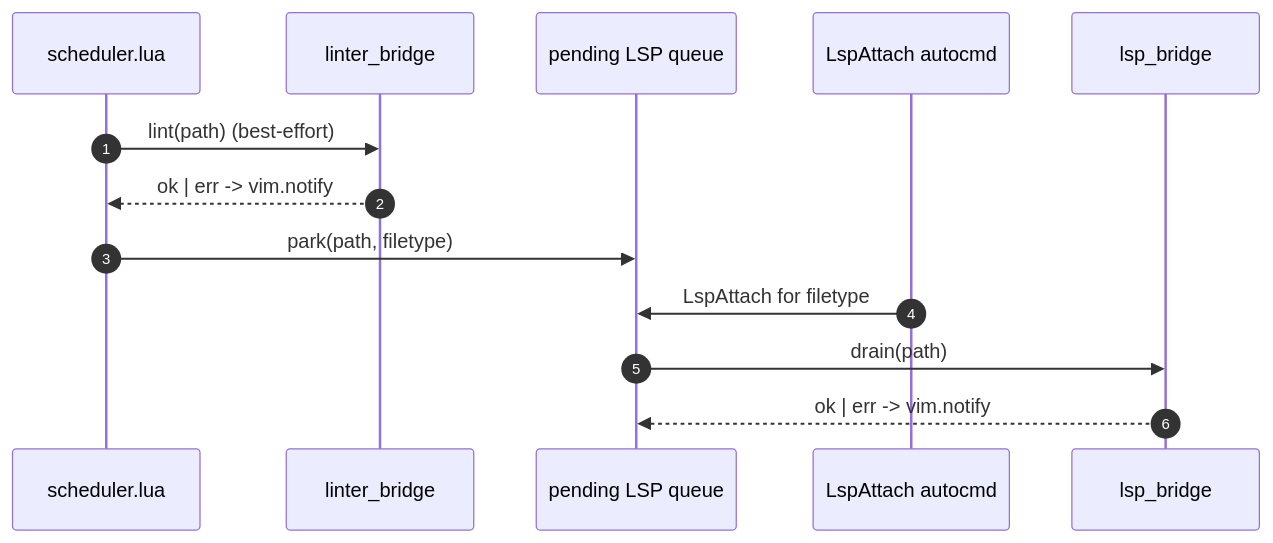
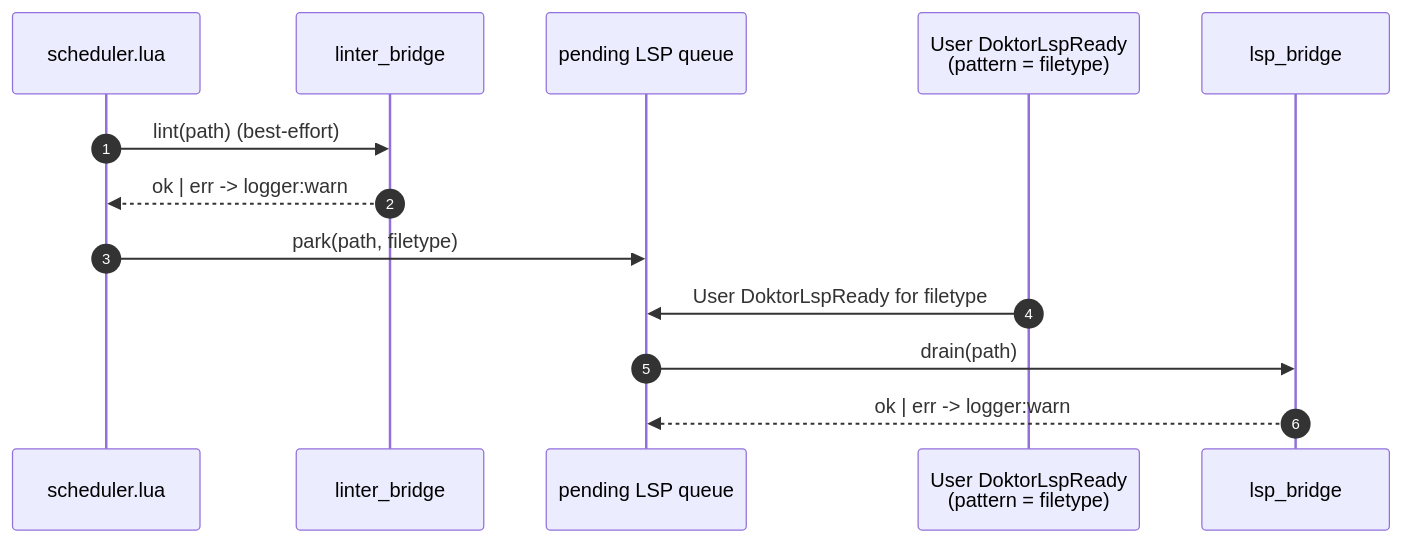
The seventh of 7 diagrams in domains/editor/nvim/config/doktor.md (joaosimsic/angst), drawn with Mermaid before and after one commit. The commit also changed other lines of this file and 42 other files, not shown here.

````diff
--- a/domains/editor/nvim/config/doktor.md
+++ b/domains/editor/nvim/config/doktor.md
@@ -755,16 +944,16 @@
 ```mermaid
 sequenceDiagram
     autonumber
     participant S as scheduler.lua
     participant LB as linter_bridge
     participant Pq as pending LSP queue
-    participant A as LspAttach autocmd
+    participant A as User DoktorLspReady<br/>(pattern = filetype)
     participant Lsp as lsp_bridge
 
     S->>LB: lint(path) (best-effort)
-    LB-->>S: ok | err -> vim.notify
+    LB-->>S: ok | err -> logger:warn
     S->>Pq: park(path, filetype)
-    A->>Pq: LspAttach for filetype
+    A->>Pq: User DoktorLspReady for filetype
     Pq->>Lsp: drain(path)
-    Lsp-->>Pq: ok | err -> vim.notify
+    Lsp-->>Pq: ok | err -> logger:warn
 ```
````
